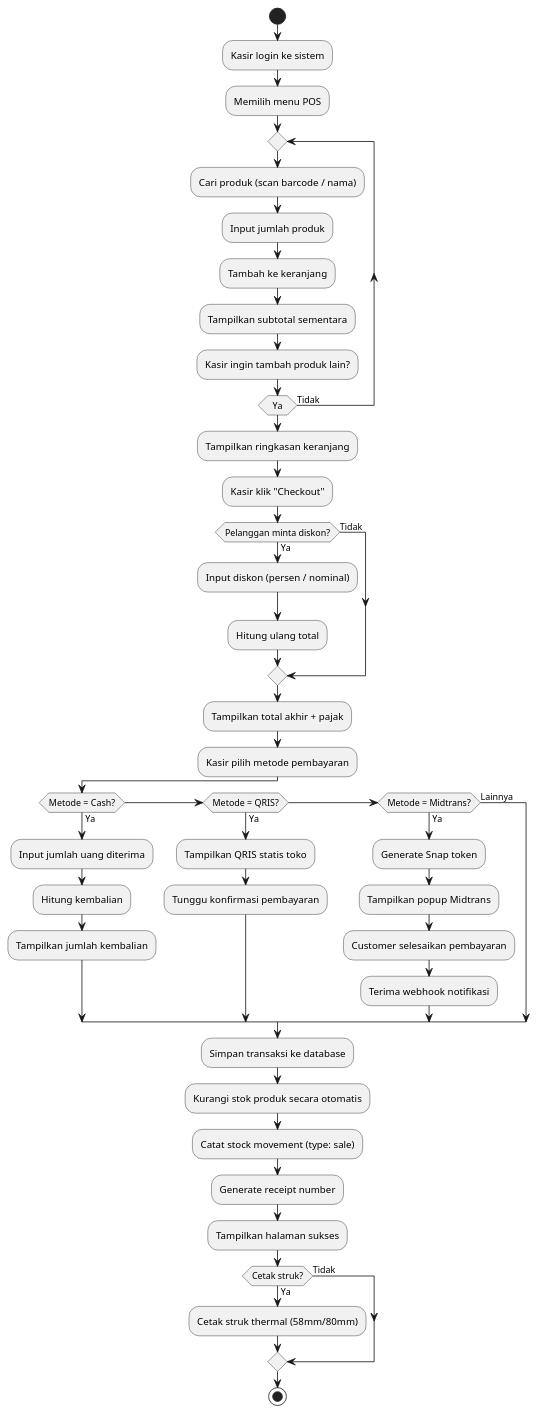
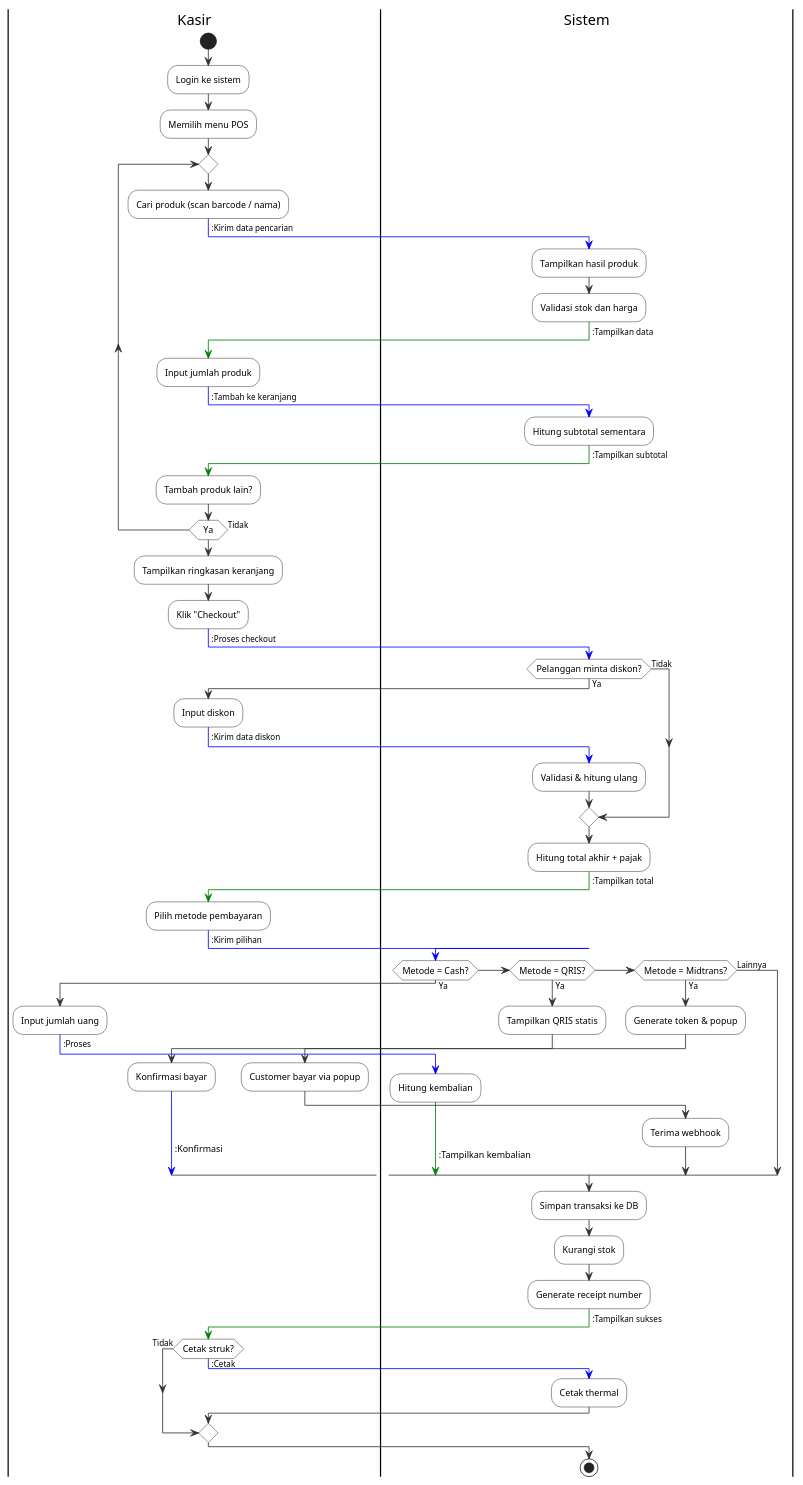
Before and after one commit to Raka-coder/laravel-si-pos-atk: the diagram in docs/diagram/activity diagram/transaksi.puml, drawn with PlantUML. The commit also changed 16 other files, not shown here.

```diff
--- a/docs/diagram/activity diagram/transaksi.puml
+++ b/docs/diagram/activity diagram/transaksi.puml
@@ -1,52 +1,105 @@
 @startuml
+!pragma theme plain
+skinparam activity {
+  BackgroundColor white
+  BorderColor black
+  FontSize 11
+}
+skinparam Arrow {
+  Color #333333
+  FontSize 10
+}
+skinparam rectangle {
+  BackgroundColor white
+  BorderColor #333333
+}
+
+|Kasir|
 start
-:Kasir login ke sistem;
+:Login ke sistem;
 :Memilih menu POS;
 
 repeat
   :Cari produk (scan barcode / nama);
+  -[#blue]-> :Kirim data pencarian;
+
+  |Sistem|
+  :Tampilkan hasil produk;
+  :Validasi stok dan harga;
+  -[#green]-> :Tampilkan data;
+
+  |Kasir|
   :Input jumlah produk;
-  :Tambah ke keranjang;
-  :Tampilkan subtotal sementara;
-  :Kasir ingin tambah produk lain?;
+  -[#blue]-> :Tambah ke keranjang;
+
+  |Sistem|
+  :Hitung subtotal sementara;
+  -[#green]-> :Tampilkan subtotal;
+
+  |Kasir|
+  :Tambah produk lain?;
 repeat while (Ya) is (Tidak)
 
+|Kasir|
 :Tampilkan ringkasan keranjang;
-:Kasir klik "Checkout";
+:Klik "Checkout";
+-[#blue]-> :Proses checkout;
 
+|Sistem|
 if (Pelanggan minta diskon?) then (Ya)
-  :Input diskon (persen / nominal);
-  :Hitung ulang total;
+  |Kasir|
+  :Input diskon;
+  -[#blue]-> :Kirim data diskon;
+  |Sistem|
+  :Validasi & hitung ulang;
 else (Tidak)
 endif
 
-:Tampilkan total akhir + pajak;
-:Kasir pilih metode pembayaran;
+|Sistem|
+:Hitung total akhir + pajak;
+-[#green]-> :Tampilkan total;
 
+|Kasir|
+:Pilih metode pembayaran;
+-[#blue]-> :Kirim pilihan;
+
+|Sistem|
 if (Metode = Cash?) then (Ya)
-  :Input jumlah uang diterima;
+  |Kasir|
+  :Input jumlah uang;
+  -[#blue]-> :Proses;
+  |Sistem|
   :Hitung kembalian;
-  :Tampilkan jumlah kembalian;
+  -[#green]-> :Tampilkan kembalian;
 elseif (Metode = QRIS?) then (Ya)
-  :Tampilkan QRIS statis toko;
-  :Tunggu konfirmasi pembayaran;
+  |Sistem|
+  :Tampilkan QRIS statis;
+  |Kasir|
+  :Konfirmasi bayar;
+  -[#blue]-> :Konfirmasi;
 elseif (Metode = Midtrans?) then (Ya)
-  :Generate Snap token;
-  :Tampilkan popup Midtrans;
-  :Customer selesaikan pembayaran;
-  :Terima webhook notifikasi;
+  |Sistem|
+  :Generate token & popup;
+  |Kasir|
+  :Customer bayar via popup;
+  |Sistem|
+  :Terima webhook;
 else (Lainnya)
 endif
 
-:Simpan transaksi ke database;
-:Kurangi stok produk secara otomatis;
-:Catat stock movement (type: sale);
+|Sistem|
+:Simpan transaksi ke DB;
+:Kurangi stok;
 :Generate receipt number;
-:Tampilkan halaman sukses;
+-[#green]-> :Tampilkan sukses;
+
+|Kasir|
 if (Cetak struk?) then (Ya)
-  :Cetak struk thermal (58mm/80mm);
+  -[#blue]-> :Cetak;
+  |Sistem|
+  :Cetak thermal;
 else (Tidak)
 endif
 
 stop
 @enduml
```
